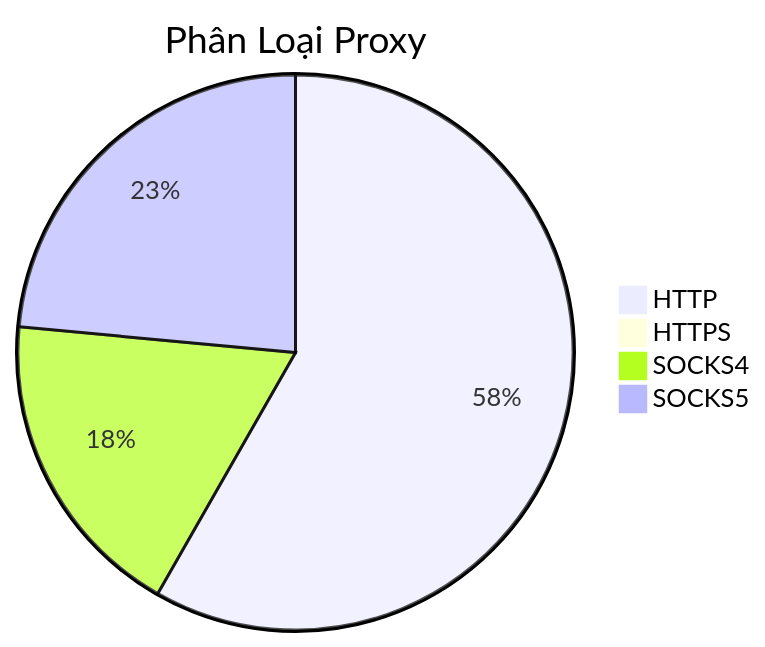
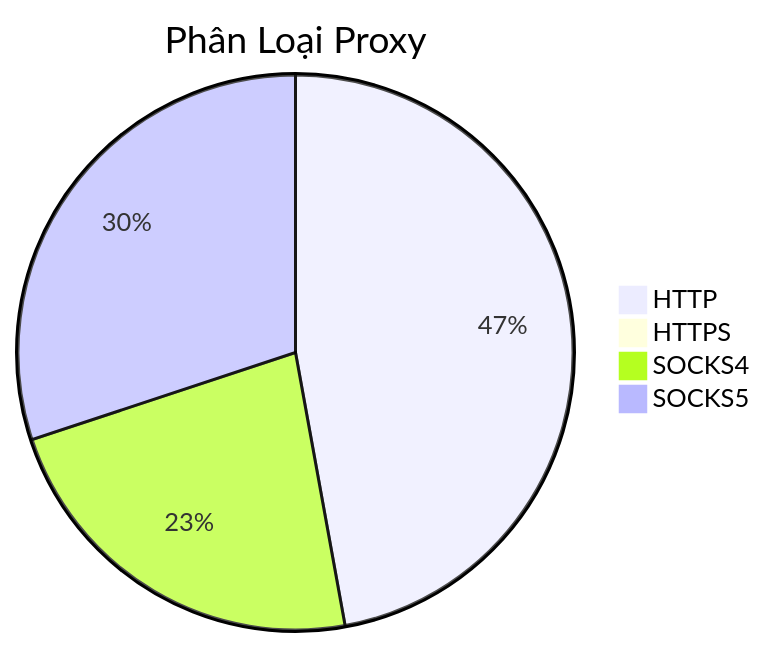
One commit to Ciara-12/PROXY-free changed the diagram in README.md. Above: the diagram before and after it, drawn with Mermaid. The commit also changed other lines of this file and 4 other files, not shown here.

````diff
--- a/README.md
+++ b/README.md
@@ -26,7 +26,7 @@
 ```mermaid
 pie title Phân Loại Proxy
-    "HTTP" : 758
-    "HTTPS" : 6
-    "SOCKS4" : 237
-    "SOCKS5" : 306
+    "HTTP" : 478
+    "HTTPS" : 2
+    "SOCKS4" : 231
+    "SOCKS5" : 305
 ```
````
